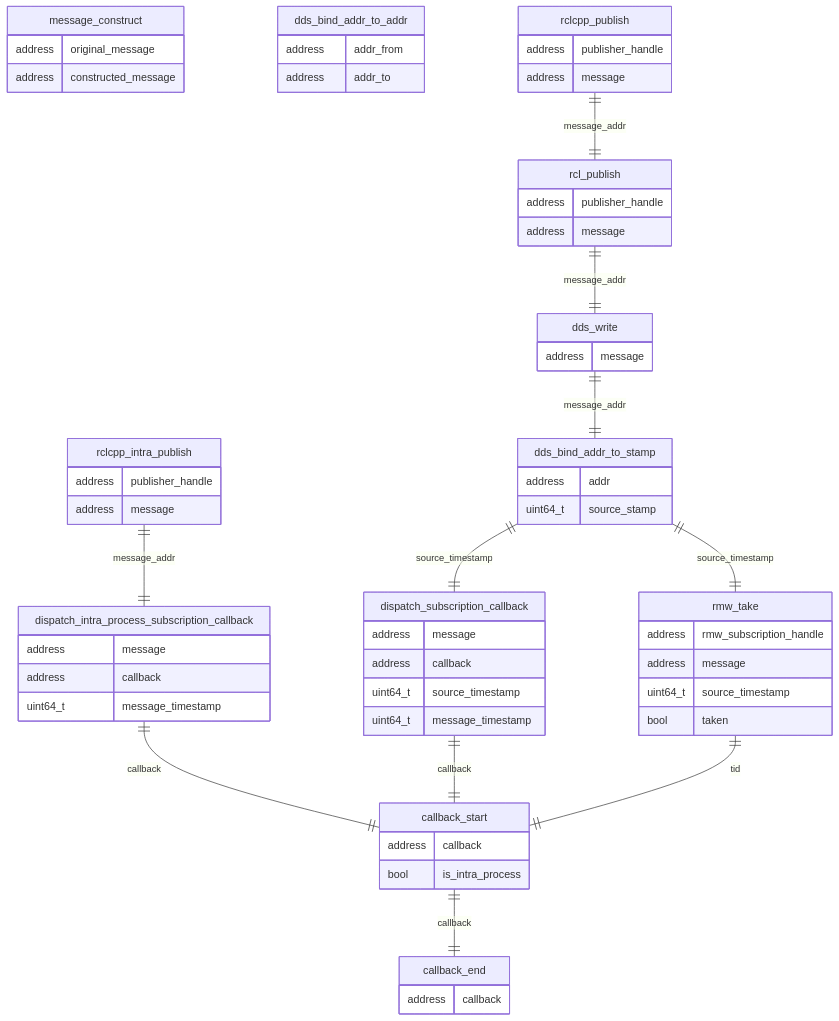
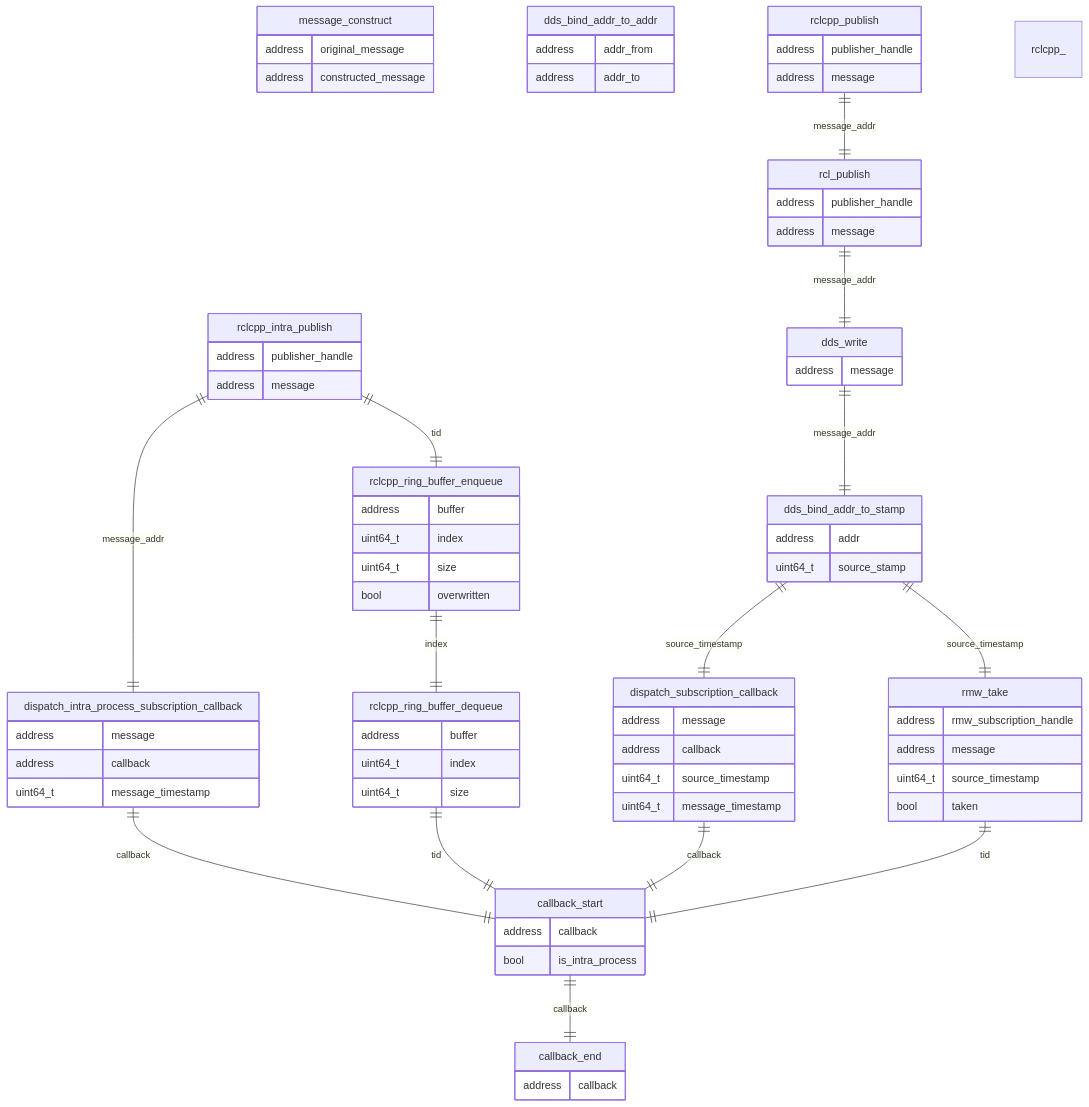
Before and after one commit to tier4/caret_doc: the diagram in docs/design/trace_points/runtime_trace_points.md, drawn with Mermaid. The commit also changed other lines of this file, not shown here.

````diff
--- a/docs/design/trace_points/runtime_trace_points.md
+++ b/docs/design/trace_points/runtime_trace_points.md
@@ -66,6 +66,19 @@
  uint64_t source_stamp
  }
 
+ rclcpp_ring_buffer_enqueue{
+ address buffer
+ uint64_t index
+ uint64_t size
+ bool overwritten
+ }
+
+ rclcpp_ring_buffer_dequeue{
+ address buffer
+ uint64_t index
+ uint64_t size
+ }
+
     rclcpp_intra_publish ||--|| dispatch_intra_process_subscription_callback: message_addr
     rclcpp_publish ||--|| rcl_publish: message_addr
     rcl_publish ||--|| dds_write: message_addr
@@ -77,7 +90,10 @@
     rmw_take ||--|| callback_start: tid
     dispatch_intra_process_subscription_callback ||--|| callback_start: callback
     dispatch_subscription_callback ||--|| callback_start: callback
-
+    rclcpp_intra_publish ||--|| rclcpp_ring_buffer_enqueue: tid
+    rclcpp_ring_buffer_enqueue ||--|| rclcpp_ring_buffer_dequeue: index
+    rclcpp_ring_buffer_dequeue ||--|| callback_start: tid
+rclcpp_
     callback_start ||--|| callback_end: callback
 
 ```
````
